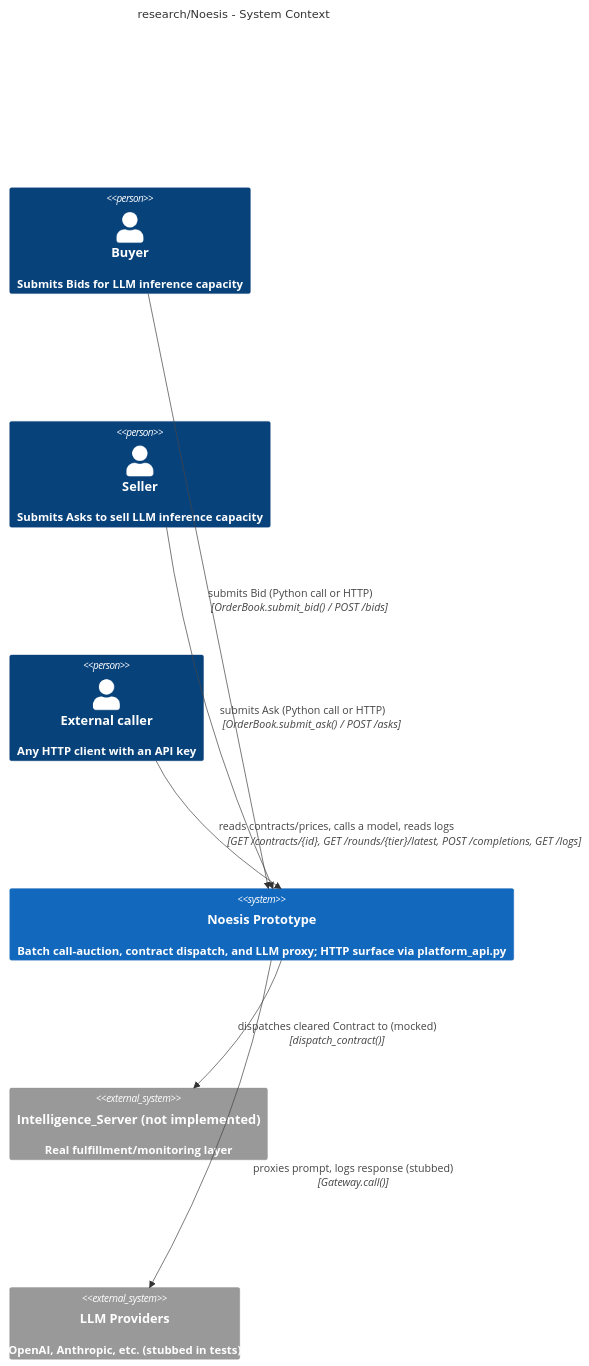
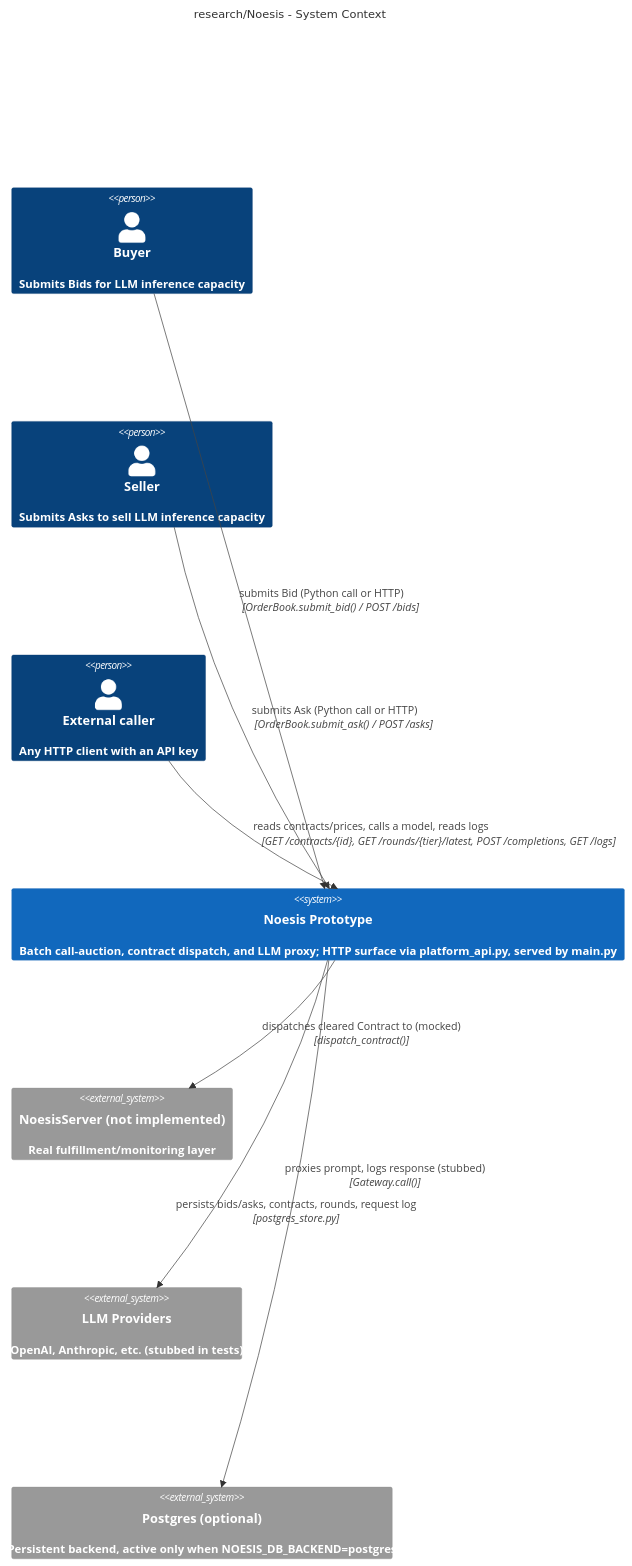
The first of 3 diagrams in research/Noesis/architecture.md (gpsaggese-org/umd_classes), drawn with Mermaid before and after one commit. The commit also changed other lines of this file and 48 other files, not shown here.

````diff
--- a/research/Noesis/architecture.md
+++ b/research/Noesis/architecture.md
@@ -48,21 +71,24 @@
 ```mermaid
 %%{init: {"c4": {"c4ShapeMargin": 90, "c4ShapePadding": 20, "diagramMarginX": 40, "diagramMarginY": 50, "personFontSize": 16, "personFontWeight": "bold", "external_personFontSize": 16, "systemFontSize": 16, "systemFontWeight": "bold", "external_systemFontSize": 16, "boundaryFontSize": 16, "messageFontSize": 15}}}%%
 C4Context
   title research/Noesis - System Context
 
   Person(buyer, "Buyer", "Submits Bids for LLM inference capacity")
   Person(seller, "Seller", "Submits Asks to sell LLM inference capacity")
   Person(caller, "External caller", "Any HTTP client with an API key")
 
-  System(noesis, "Noesis Prototype", "Batch call-auction, contract dispatch, and LLM proxy; HTTP surface via platform_api.py")
+  System(noesis, "Noesis Prototype", "Batch call-auction, contract dispatch, and LLM proxy; HTTP surface via platform_api.py, served by main.py")
 
-  System_Ext(intelligence_server, "Intelligence_Server (not implemented)", "Real fulfillment/monitoring layer")
+  System_Ext(noesis_server, "NoesisServer (not implemented)", "Real fulfillment/monitoring layer")
   System_Ext(llm_providers, "LLM Providers", "OpenAI, Anthropic, etc. (stubbed in tests)")
+  System_Ext(postgres, "Postgres (optional)", "Persistent backend, active only when NOESIS_DB_BACKEND=postgres")
 
   Rel(buyer, noesis, "submits Bid (Python call or HTTP)", "OrderBook.submit_bid() / POST /bids")
   Rel(seller, noesis, "submits Ask (Python call or HTTP)", "OrderBook.submit_ask() / POST /asks")
   Rel(caller, noesis, "reads contracts/prices, calls a model, reads logs", "GET /contracts/{id}, GET /rounds/{tier}/latest, POST /completions, GET /logs")
-  Rel(noesis, intelligence_server, "dispatches cleared Contract to (mocked)", "dispatch_contract()")
+  Rel(noesis, noesis_server, "dispatches cleared Contract to (mocked)", "dispatch_contract()")
   Rel(noesis, llm_providers, "proxies prompt, logs response (stubbed)", "Gateway.call()")
+  Rel(noesis, postgres, "persists bids/asks, contracts, rounds, request log", "postgres_store.py")
   UpdateRelStyle(noesis, llm_providers, $offsetY="60", $offsetX="60")
+  UpdateRelStyle(noesis, postgres, $offsetY="-30", $offsetX="-140")
 ```
````
